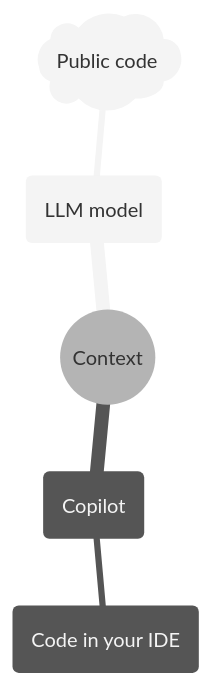
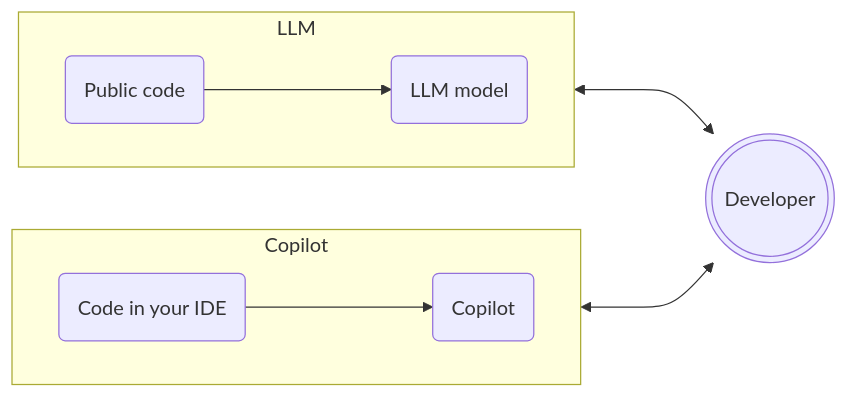
Before and after one commit to pieces-app/workshops: the second of 7 diagrams in 10x-developer-productivity/slides.md, drawn with Mermaid. The commit also changed other lines of this file and 1 other file, not shown here.

Commit message:
Improving mermaid diagrams

````diff
--- a/10x-developer-productivity/slides.md
+++ b/10x-developer-productivity/slides.md
@@ -232,9 +233,13 @@
 ```mermaid
-%%{init: {'theme': 'neutral' } }%%
-mindmap
-  root((Context))
-    llm-model(LLM model)
-      public-cloud)Public code(
-    copilot-ide(Copilot)
-      code-ide(Code in your IDE)
+flowchart LR
+    subgraph LLM
+        direction LR
+        public-cloud(Public code)--->llm-model(LLM model)
+    end
+    subgraph Copilot
+        direction LR
+        code-ide(Code in your IDE)--->copilot-ide(Copilot)
+    end
+    LLM<--->context(((Developer)))
+    Copilot<--->context(((Developer)))
 ```
````
